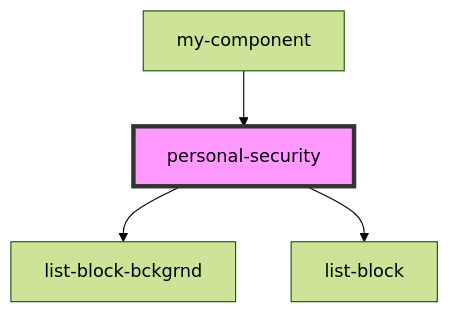
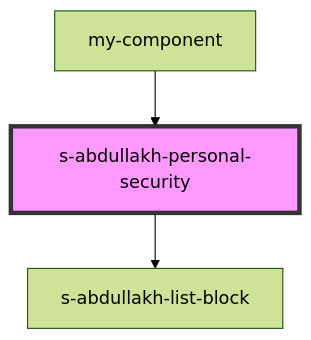
Before and after one commit to Wokh-Dada/companycards: the diagram in src/components/res/view/s-abdullakh-personal-security/readme.md, drawn with Mermaid (forest theme). The commit also changed other lines of this file and 28 other files, not shown here.

````diff
--- a/src/components/res/view/s-abdullakh-personal-security/readme.md
+++ b/src/components/res/view/s-abdullakh-personal-security/readme.md
@@ -27,7 +34,6 @@
 ```mermaid
 graph TD;
-  personal-security --> list-block-bckgrnd
-  personal-security --> list-block
-  my-component --> personal-security
-  style personal-security fill:#f9f,stroke:#333,stroke-width:4px
+  s-abdullakh-personal-security --> s-abdullakh-list-block
+  my-component --> s-abdullakh-personal-security
+  style s-abdullakh-personal-security fill:#f9f,stroke:#333,stroke-width:4px
 ```
````
